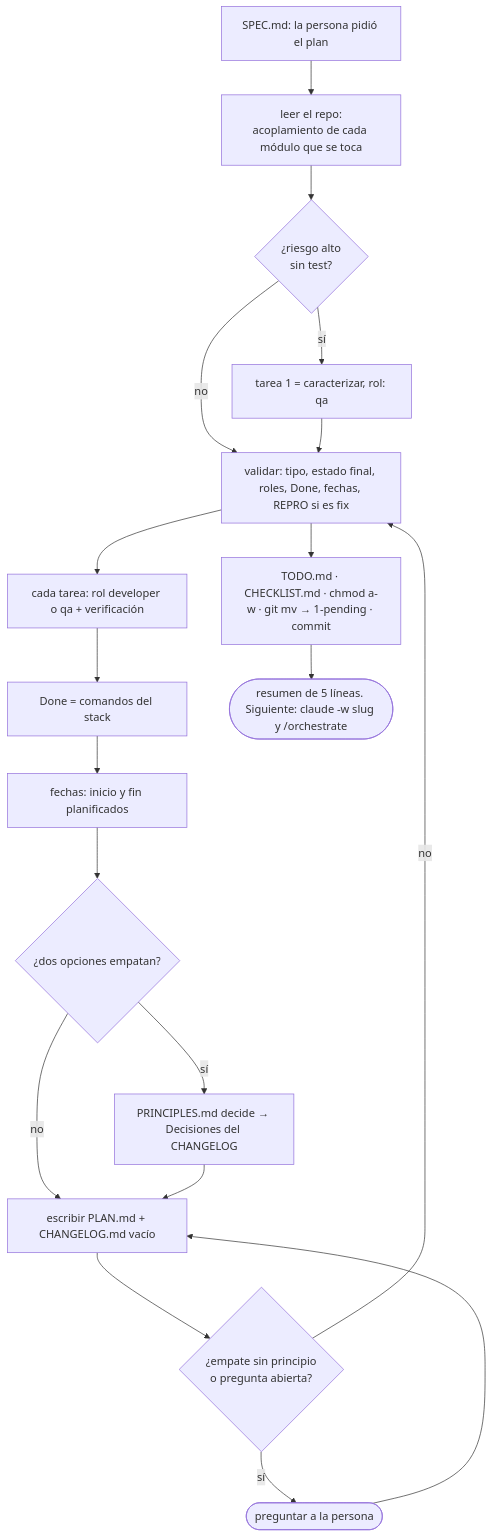
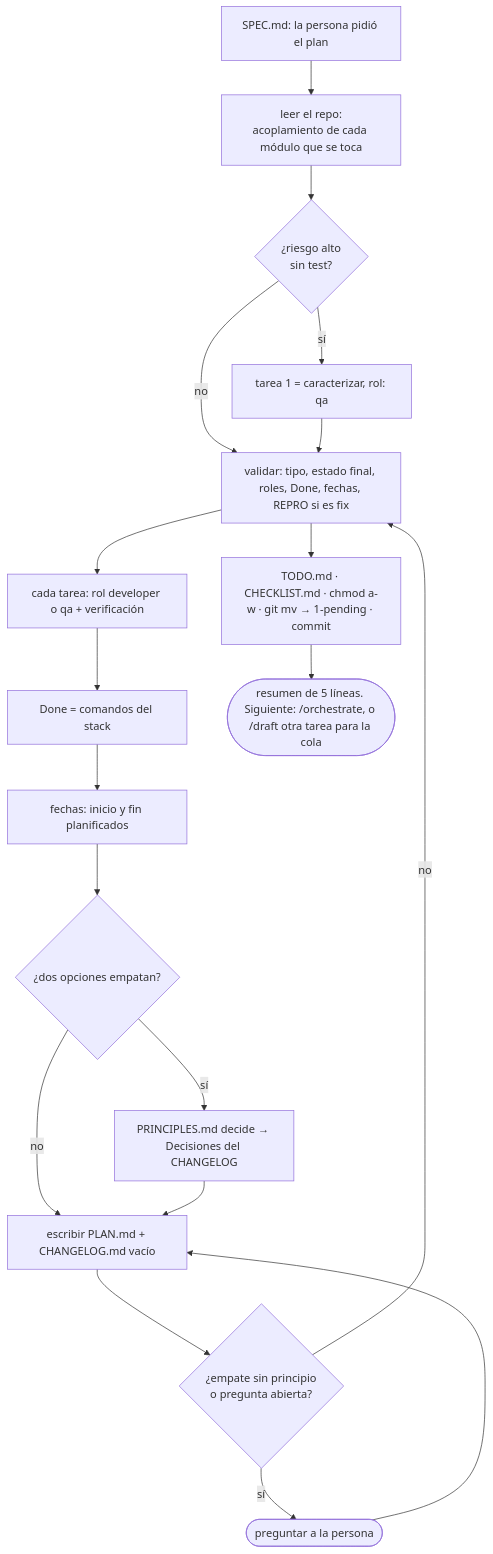
Before and after one commit to octavio-parozlabs/mindstack: the diagram in skills/workflow/references/plan.md, drawn with Mermaid. The commit also changed other lines of this file and 15 other files, not shown here.

````diff
--- a/skills/workflow/references/plan.md
+++ b/skills/workflow/references/plan.md
@@ -5,20 +5,20 @@
 ```mermaid
 flowchart TD
     S[SPEC.md: la persona pidió el plan] --> R[leer el repo:\nacoplamiento de cada módulo que se toca]
     R --> C{¿riesgo alto\nsin test?}
     C -- sí --> T1[tarea 1 = caracterizar, rol: qa]
     C -- no --> V
     T1 --> V[partir en tajadas verticales]
     V --> ROL[cada tarea: rol developer o qa + verificación]
     ROL --> D[Done = comandos del stack]
     D --> F[fechas: inicio y fin planificados]
     F --> E{¿dos opciones empatan?}
     E -- sí --> P[PRINCIPLES.md decide → Decisiones del CHANGELOG]
     E -- no --> W
     P --> W[escribir PLAN.md + CHANGELOG.md vacío]
     W --> H{¿empate sin principio\no pregunta abierta?}
     H -- sí --> Q([preguntar a la persona]) --> W
     H -- no --> V[validar: tipo, estado final, roles, Done, fechas, REPRO si es fix]
     V --> T[TODO.md · CHECKLIST.md · chmod a-w · git mv → 1-pending · commit]
-    T --> OK(["resumen de 5 líneas. Siguiente: claude -w slug y /orchestrate"])
+    T --> OK(["resumen de 5 líneas. Siguiente: /orchestrate, o /draft otra tarea para la cola"])
 ```
````
